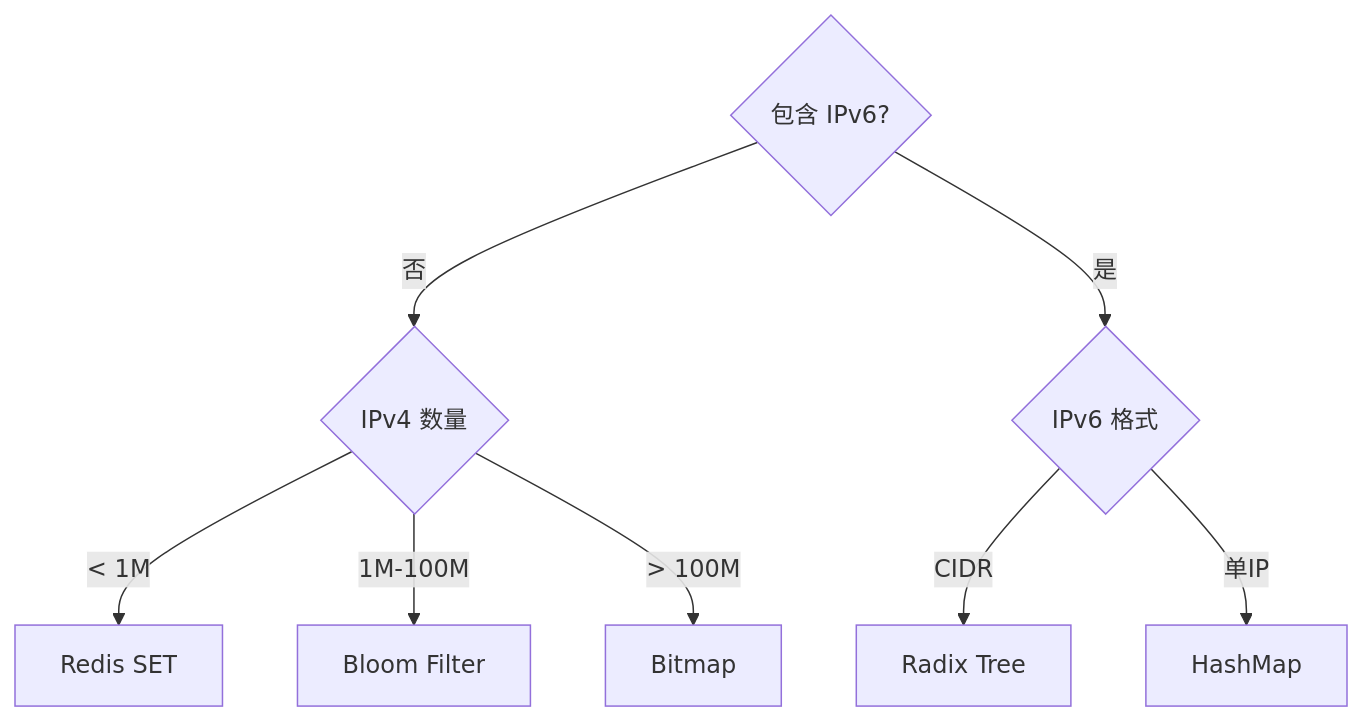
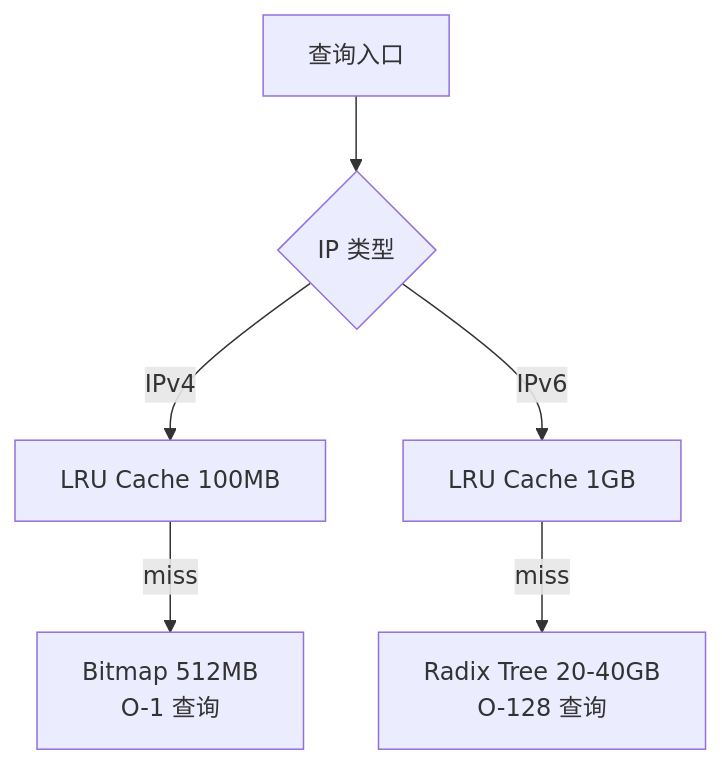
The fourth of 4 diagrams in content/articles/system-design/sd-14-IP封禁系统设计.md (jpixy/jpixy.github.io), drawn with Mermaid before and after one commit. The commit also changed other lines of this file, not shown here.

First line of the commit message:
fix: convert only wide ASCII diagrams to Mermaid

````diff
--- a/content/articles/system-design/sd-14-IP封禁系统设计.md
+++ b/content/articles/system-design/sd-14-IP封禁系统设计.md
@@ -790,10 +313,8 @@
 ```mermaid
 graph TD
-    A{包含 IPv6?} -->|否| B{IPv4 数量}
-    A -->|是| C{IPv6 格式}
-    B -->|< 1M| D[Redis SET]
-    B -->|1M-100M| E[Bloom Filter]
-    B -->|> 100M| F[Bitmap]
-    C -->|CIDR| G[Radix Tree]
-    C -->|单IP| H[HashMap]
+    Q[查询入口] --> T{IP 类型}
+    T -->|IPv4| C1[LRU Cache 100MB]
+    T -->|IPv6| C2[LRU Cache 1GB]
+    C1 -->|miss| B[Bitmap 512MB<br/>O-1 查询]
+    C2 -->|miss| R[Radix Tree 20-40GB<br/>O-128 查询]
 ```
````
